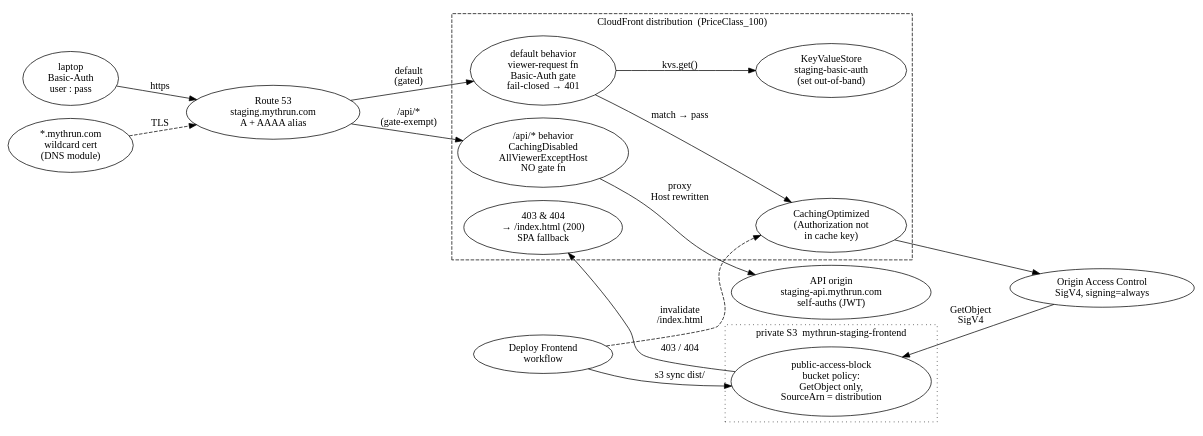
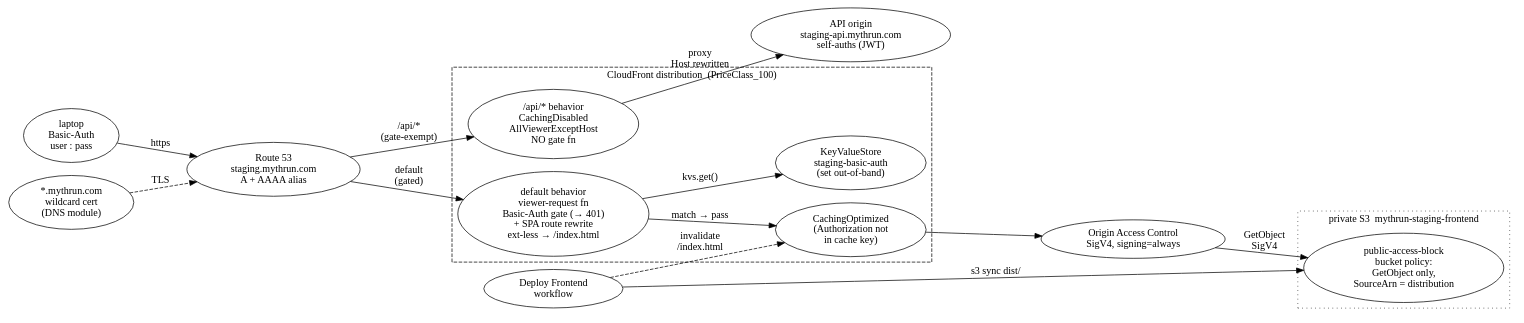
One commit to mythrun/mythrun changed the diagram in docs/wiki/diagrams/infra/frontend-hosting.dot. Above: the diagram before and after it, drawn with Graphviz. The commit also changed 8 other files, not shown here.

First line of the commit message:
docs(wiki): sync for MYT-84 — refresh 200-anonymous probe + SPA-routing in gate fn

```diff
--- a/docs/wiki/diagrams/infra/frontend-hosting.dot
+++ b/docs/wiki/diagrams/infra/frontend-hosting.dot
@@ -1,56 +1,55 @@
 digraph frontend_hosting {
   // Gated static SPA hosting at staging.mythrun.com. A laptop hits Route 53,
   // which aliases (A + AAAA) to a CloudFront distribution. The DEFAULT behavior
   // runs a viewer-request Basic-Auth function BEFORE the cache — it reads the
   // expected header from a KeyValueStore and fails closed to 401. On a match the
-  // request flows through the cache to a PRIVATE S3 bucket over Origin Access
-  // Control (SigV4). A 403/404 from the bucket maps to /index.html for SPA deep
-  // links. The /api/* behavior is the same-origin API proxy (MYT-84): it skips
-  // the gate (the API self-auths) and forwards to the API origin with Host
-  // rewritten, so the BFF refresh cookie is first-party. The Deploy Frontend
-  // workflow syncs the built dist/ into the bucket and invalidates index.html.
+  // function ALSO rewrites extension-less paths to /index.html so SPA deep links
+  // resolve, then the request flows through the cache to a PRIVATE S3 bucket over
+  // Origin Access Control (SigV4). The /api/* behavior is the same-origin API
+  // proxy (MYT-84): it skips the gate (the API self-auths) — so its real API
+  // 403/404s are never rewritten into the SPA shell — and forwards to the API
+  // origin with Host rewritten, so the BFF refresh cookie is first-party. The
+  // Deploy Frontend workflow syncs the built dist/ in and invalidates index.html.
   rankdir=LR;
   compound=true;
 
   laptop [label="laptop\nBasic-Auth\nuser : pass", color="ember", fontcolor="ember"];
   dns    [label="Route 53\nstaging.mythrun.com\nA + AAAA alias"];
   cert   [label="*.mythrun.com\nwildcard cert\n(DNS module)"];
 
   subgraph cluster_cf {
     label="CloudFront distribution  (PriceClass_100)";
     style="dashed";
     color="ember";
     fontcolor="ember";
 
-    gate  [label="default behavior\nviewer-request fn\nBasic-Auth gate\nfail-closed → 401", color="ember", fontcolor="ember"];
+    gate  [label="default behavior\nviewer-request fn\nBasic-Auth gate (→ 401)\n+ SPA route rewrite\next-less → /index.html", color="ember", fontcolor="ember"];
     kvs   [label="KeyValueStore\nstaging-basic-auth\n(set out-of-band)"];
     cache [label="CachingOptimized\n(Authorization not\nin cache key)"];
-    err   [label="403 & 404\n→ /index.html (200)\nSPA fallback"];
     apibehav [label="/api/* behavior\nCachingDisabled\nAllViewerExceptHost\nNO gate fn"];
   }
 
   oac   [label="Origin Access Control\nSigV4, signing=always"];
   api   [label="API origin\nstaging-api.mythrun.com\nself-auths (JWT)", color="ember", fontcolor="ember"];
 
   subgraph cluster_s3 {
     label="private S3  mythrun-staging-frontend";
     style="dotted";
 
     bucket [label="public-access-block\nbucket policy:\nGetObject only,\nSourceArn = distribution"];
   }
 
   deploy [label="Deploy Frontend\nworkflow", color="ember", fontcolor="ember"];
 
   laptop -> dns    [label="https"];
   dns    -> gate    [label="default\n(gated)"];
   dns    -> apibehav [label="/api/*\n(gate-exempt)"];
   cert   -> dns    [label="TLS", style=dashed];
   gate   -> kvs    [label="kvs.get()"];
   gate   -> cache  [label="match → pass"];
   cache  -> oac;
   oac    -> bucket [label="GetObject\nSigV4"];
-  bucket -> err    [label="403 / 404"];
   apibehav -> api  [label="proxy\nHost rewritten"];
   deploy -> bucket [label="s3 sync dist/"];
   deploy -> cache  [label="invalidate\n/index.html", style=dashed];
 }
```
